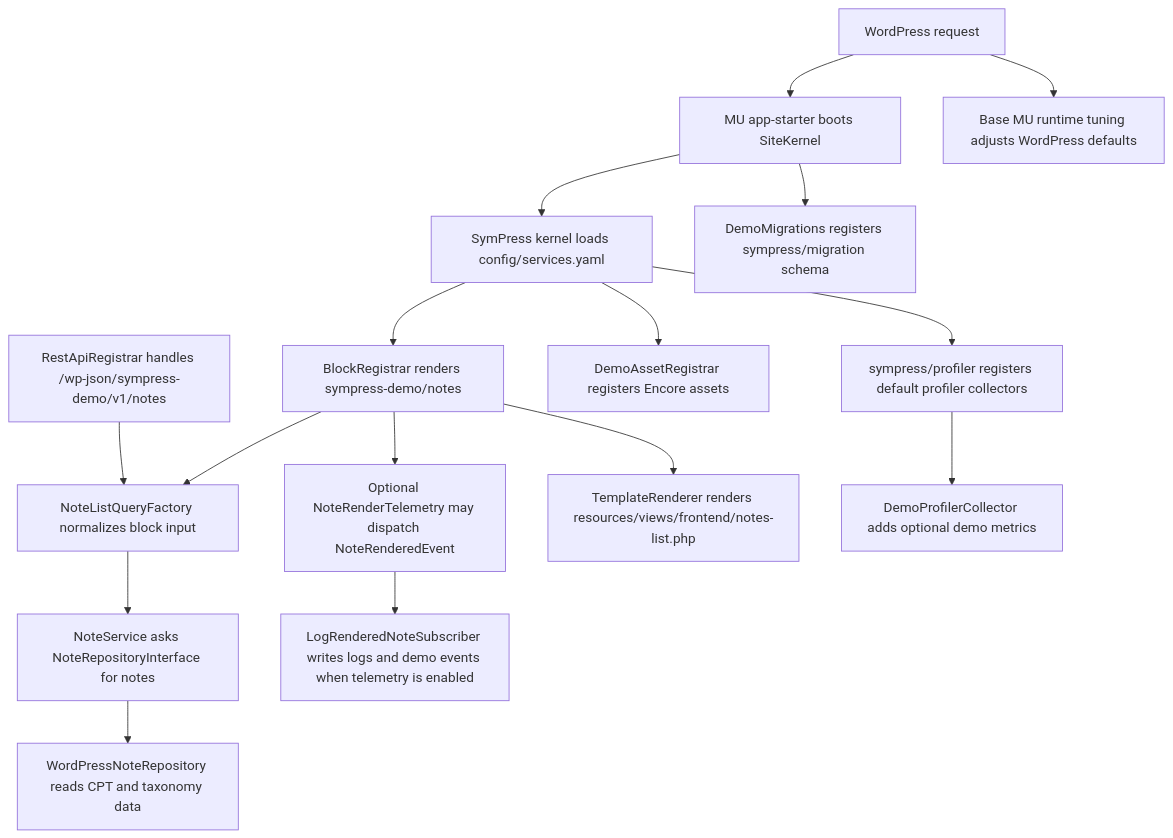
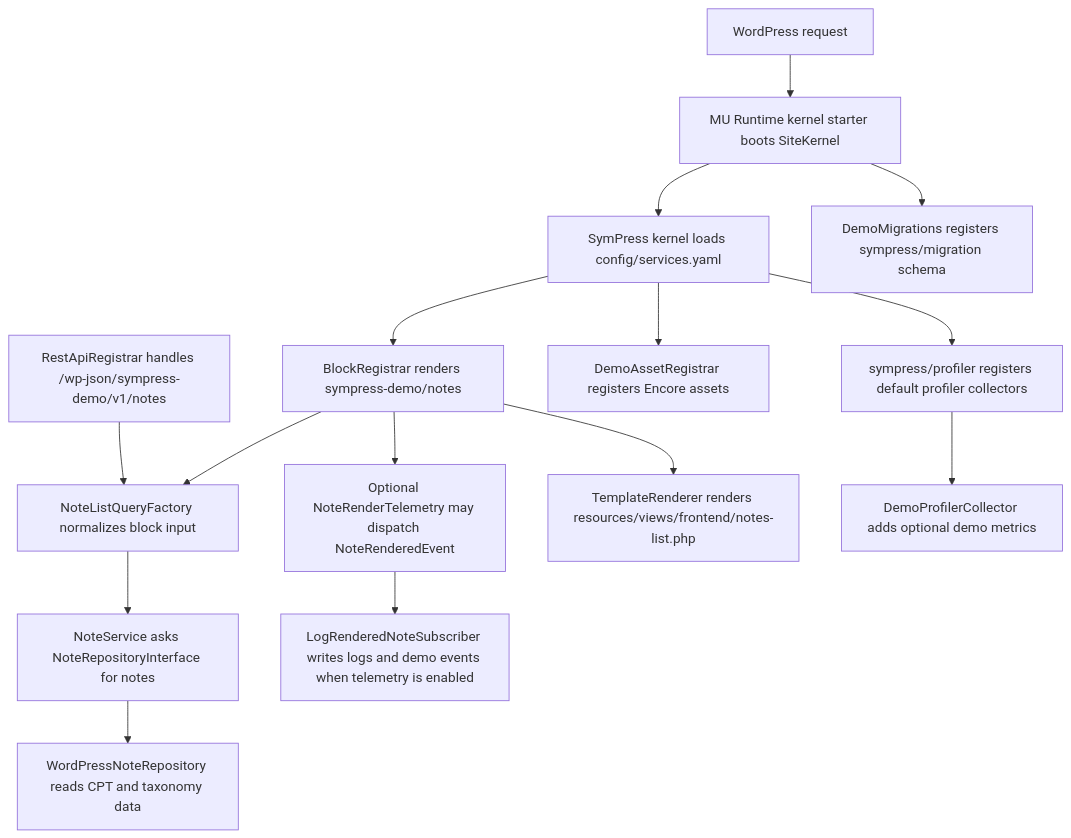
Before and after one commit to SymPress/demo: the diagram in docs/architecture.md, drawn with Mermaid. The commit also changed other lines of this file and 20 other files, not shown here.

Commit message:
refactor: let Runtime boot the public demo without base MU plugins

````diff
--- a/docs/architecture.md
+++ b/docs/architecture.md
@@ -110,18 +101,17 @@
 ```mermaid
 flowchart TD
-    A["WordPress request"] --> M["MU app-starter boots SiteKernel"]
-    A --> O["Base MU runtime tuning adjusts WordPress defaults"]
+    A["WordPress request"] --> M["MU Runtime kernel starter boots SiteKernel"]
     M --> B["SymPress kernel loads config/services.yaml"]
     B --> C["BlockRegistrar renders sympress-demo/notes"]
     C --> Q["NoteListQueryFactory normalizes block input"]
     K["RestApiRegistrar handles /wp-json/sympress-demo/v1/notes"] --> Q
     Q --> D["NoteService asks NoteRepositoryInterface for notes"]
     D --> E["WordPressNoteRepository reads CPT and taxonomy data"]
     C --> F["Optional NoteRenderTelemetry may dispatch NoteRenderedEvent"]
     F --> G["LogRenderedNoteSubscriber writes logs and demo events when telemetry is enabled"]
     M --> N["DemoMigrations registers sympress/migration schema"]
     C --> H["TemplateRenderer renders resources/views/frontend/notes-list.php"]
     B --> I["DemoAssetRegistrar registers Encore assets"]
     B --> P["sympress/profiler registers default profiler collectors"]
     P --> J["DemoProfilerCollector adds optional demo metrics"]
 ```
````
